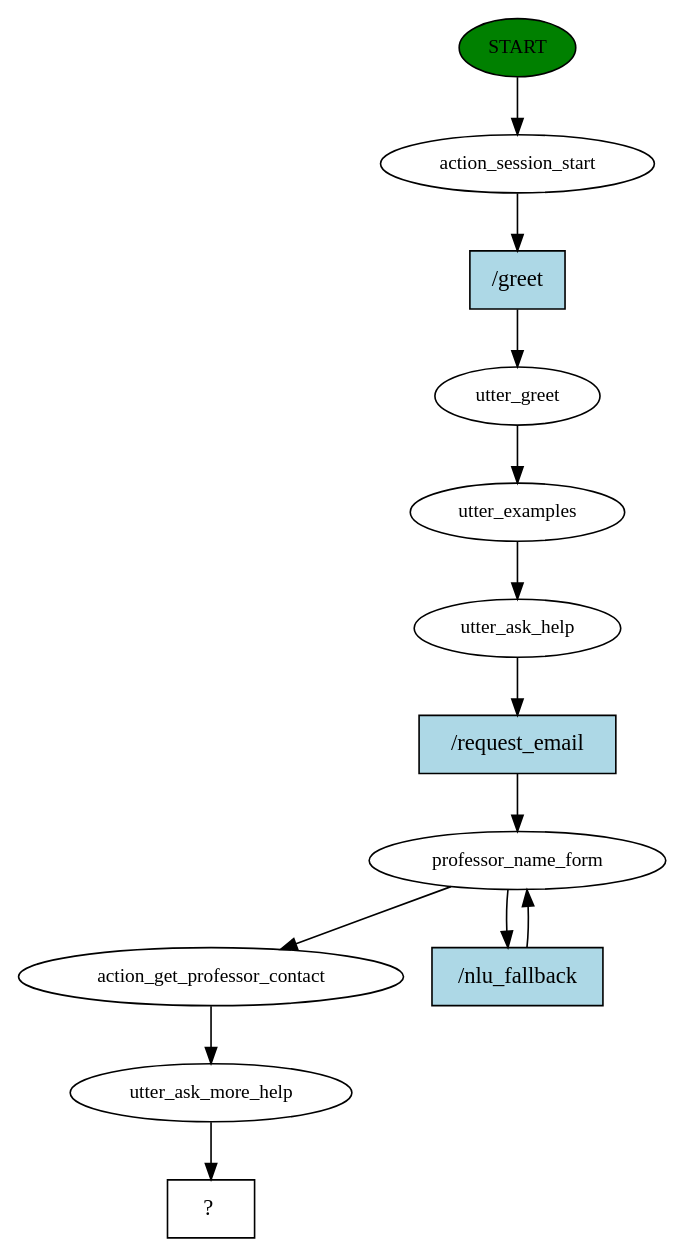
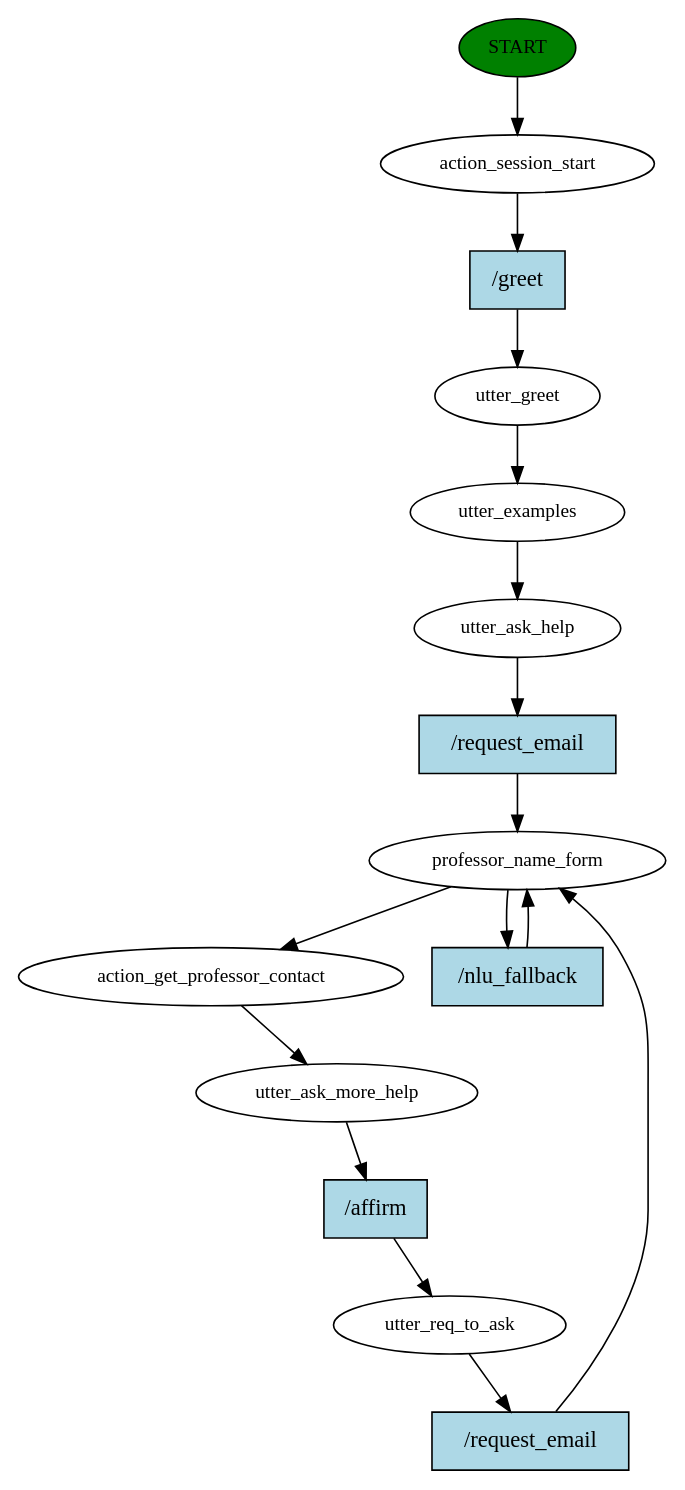
Before and after one commit to ofernandobarbosa/chatbot_IF: the diagram in bot/story_graph.dot, drawn with Graphviz. The commit also changed 7 other files, not shown here.

```diff
--- a/bot/story_graph.dot
+++ b/bot/story_graph.dot
@@ -1,26 +1,31 @@
 digraph  {
 0 [class="start active", fillcolor=green, fontsize=12, label=START, style=filled];
 1 [class=active, fontsize=12, label=action_session_start];
 2 [class=active, fontsize=12, label=utter_greet];
 3 [class=active, fontsize=12, label=utter_examples];
 4 [class=active, fontsize=12, label=utter_ask_help];
 5 [class=active, fontsize=12, label=professor_name_form];
 8 [class=active, fontsize=12, label=action_get_professor_contact];
-9 [class=active, fontsize=12, label=utter_ask_more_help];
-10 [class="intent dashed active", label="  ?  ", shape=rect];
-11 [class="intent active", fillcolor=lightblue, label="/greet", shape=rect, style=filled];
-12 [class="intent active", fillcolor=lightblue, label="/request_email", shape=rect, style=filled];
-13 [class="intent active", fillcolor=lightblue, label="/nlu_fallback", shape=rect, style=filled];
+9 [class="active dashed", fontsize=12, label=utter_ask_more_help];
+10 [class=active, fontsize=12, label=utter_req_to_ask];
+14 [class="intent active", fillcolor=lightblue, label="/greet", shape=rect, style=filled];
+15 [class="intent active", fillcolor=lightblue, label="/request_email", shape=rect, style=filled];
+16 [class="intent active", fillcolor=lightblue, label="/nlu_fallback", shape=rect, style=filled];
+17 [class="intent active", fillcolor=lightblue, label="/affirm", shape=rect, style=filled];
+18 [class="intent active", fillcolor=lightblue, label="/request_email", shape=rect, style=filled];
 0 -> 1  [class=active, key=NONE, label=""];
-1 -> 11  [class=active, key=0];
+1 -> 14  [class=active, key=0];
 2 -> 3  [class=active, key=NONE, label=""];
 3 -> 4  [class=active, key=NONE, label=""];
-4 -> 12  [class=active, key=0];
+4 -> 15  [class=active, key=0];
 5 -> 8  [class=active, key=NONE, label=""];
-5 -> 13  [class=active, key=0];
+5 -> 16  [class=active, key=0];
 8 -> 9  [class=active, key=NONE, label=""];
-9 -> 10  [class=active, key=NONE, label=""];
-11 -> 2  [class=active, key=0];
-12 -> 5  [class=active, key=0];
-13 -> 5  [class=active, key=0];
+9 -> 17  [class=active, key=0];
+10 -> 18  [class=active, key=0];
+14 -> 2  [class=active, key=0];
+15 -> 5  [class=active, key=0];
+16 -> 5  [class=active, key=0];
+17 -> 10  [class=active, key=0];
+18 -> 5  [class=active, key=0];
 }
```
